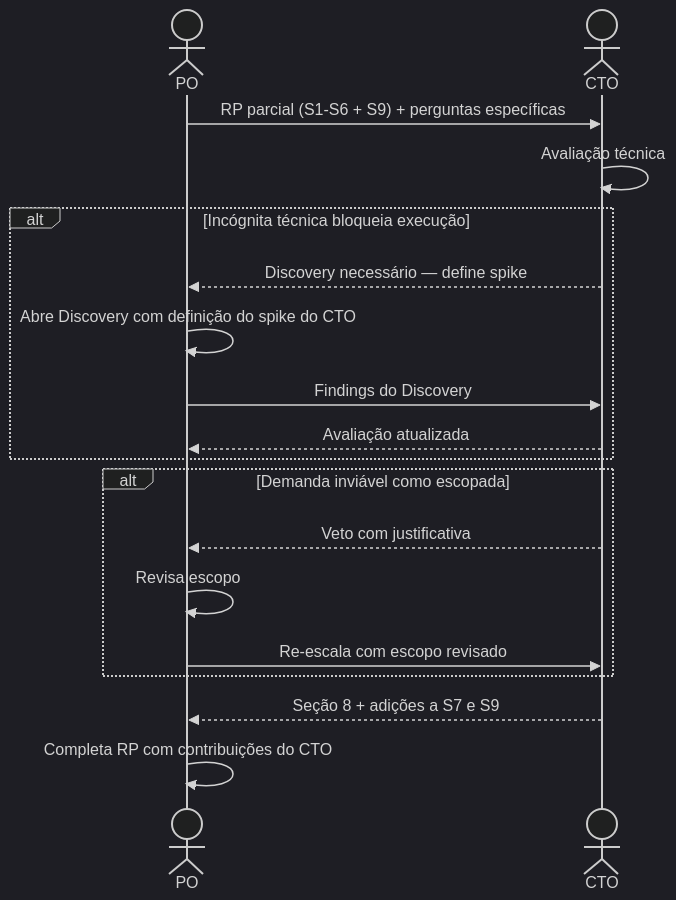
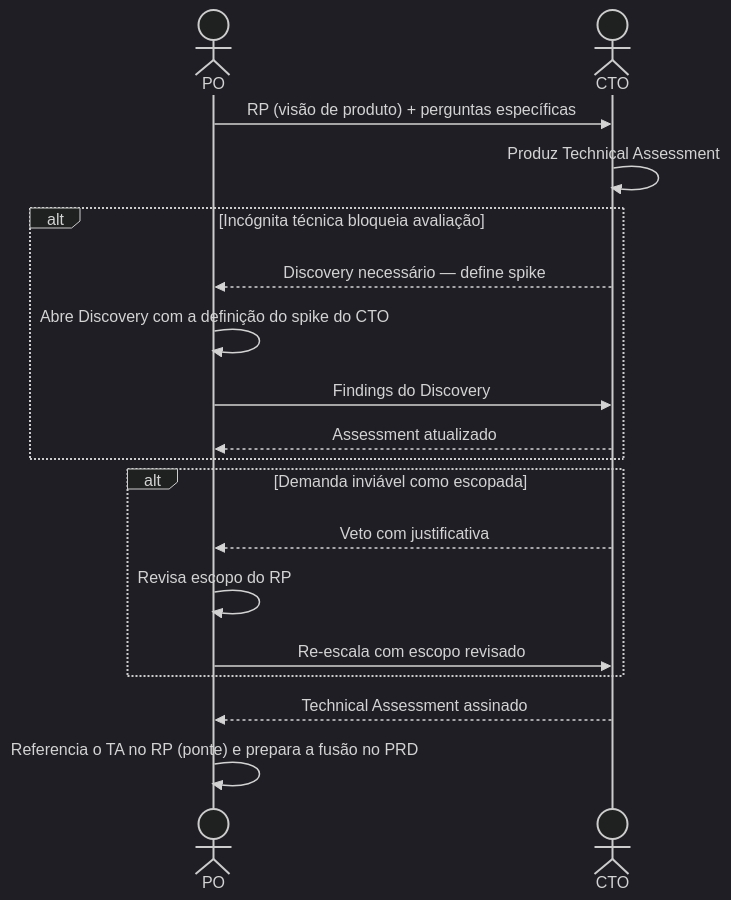
Before and after one commit to hugo-hsbtech/teamwork-process: the diagram in interactions/05-po-to-cto.md, drawn with Mermaid (dark theme). The commit also changed other lines of this file and 10 other files, not shown here.

````diff
--- a/interactions/05-po-to-cto.md
+++ b/interactions/05-po-to-cto.md
@@ -68,24 +75,24 @@
 ```mermaid
 sequenceDiagram
     actor PO as PO
     actor CTO as CTO
 
-    PO->>CTO: RP parcial (S1-S6 + S9) + perguntas específicas
-    CTO->>CTO: Avaliação técnica
+    PO->>CTO: RP (visão de produto) + perguntas específicas
+    CTO->>CTO: Produz Technical Assessment
 
-    alt Incógnita técnica bloqueia execução
+    alt Incógnita técnica bloqueia avaliação
         CTO-->>PO: Discovery necessário — define spike
-        PO->>PO: Abre Discovery com definição do spike do CTO
+        PO->>PO: Abre Discovery com a definição do spike do CTO
         PO->>CTO: Findings do Discovery
-        CTO-->>PO: Avaliação atualizada
+        CTO-->>PO: Assessment atualizado
     end
 
     alt Demanda inviável como escopada
         CTO-->>PO: Veto com justificativa
-        PO->>PO: Revisa escopo
+        PO->>PO: Revisa escopo do RP
         PO->>CTO: Re-escala com escopo revisado
     end
 
-    CTO-->>PO: Seção 8 + adições a S7 e S9
-    PO->>PO: Completa RP com contribuições do CTO
+    CTO-->>PO: Technical Assessment assinado
+    PO->>PO: Referencia o TA no RP (ponte) e prepara a fusão no PRD
 ```
````
